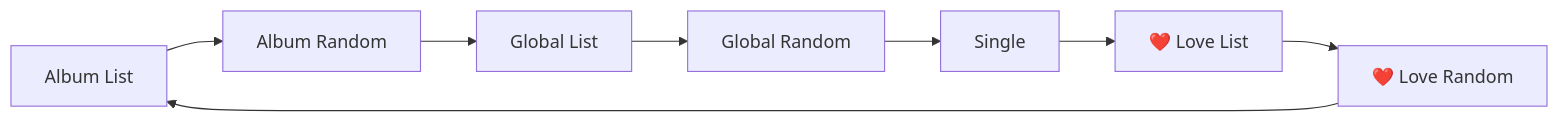
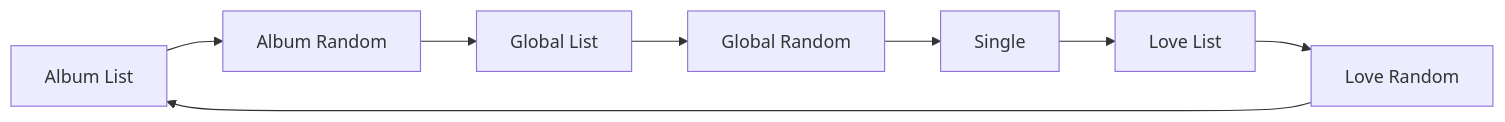
Before and after one commit to missercatos/monster-player: the third of 3 diagrams in README.md, drawn with Mermaid. The commit also changed other lines of this file and 15 other files, not shown here.

````diff
--- a/README.md
+++ b/README.md
@@ -267,12 +267,12 @@
 ```mermaid
 graph LR
     AlbumList["Album List"]
     AlbumRandom["Album Random"]
     GlobalList["Global List"]
     GlobalRandom["Global Random"]
     Single["Single"]
-    LoveList["❤️ Love List"]
-    LoveRandom["❤️ Love Random"]
+    LoveList[" Love List"]
+    LoveRandom[" Love Random"]
 
     AlbumList --> AlbumRandom --> GlobalList --> GlobalRandom --> Single --> LoveList --> LoveRandom --> AlbumList
 ```
````
